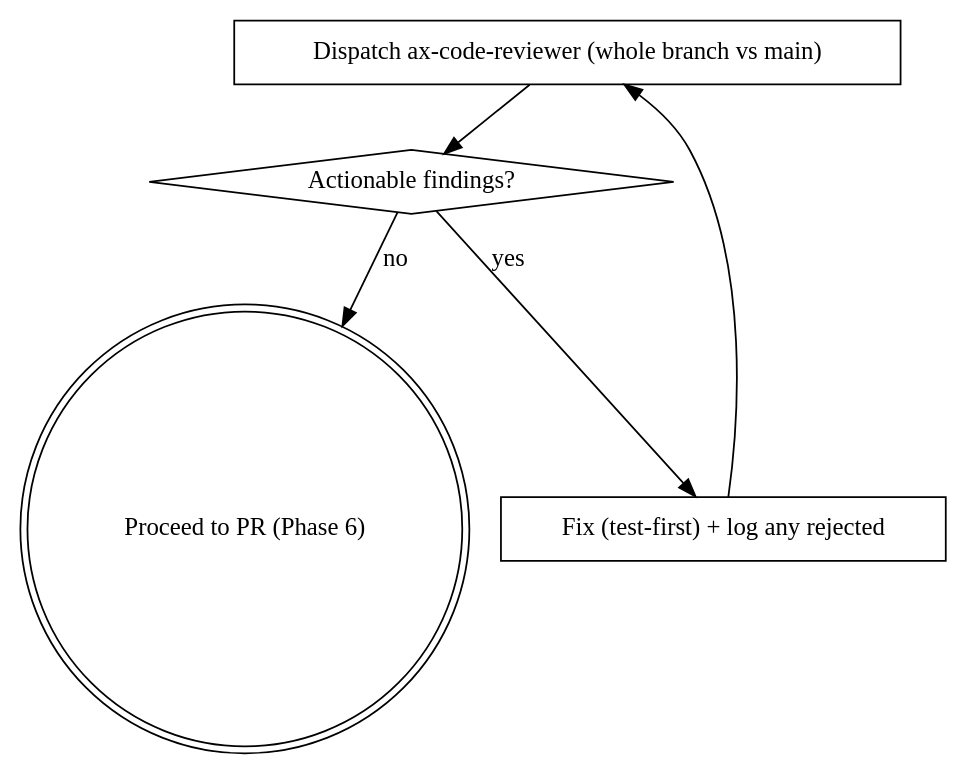
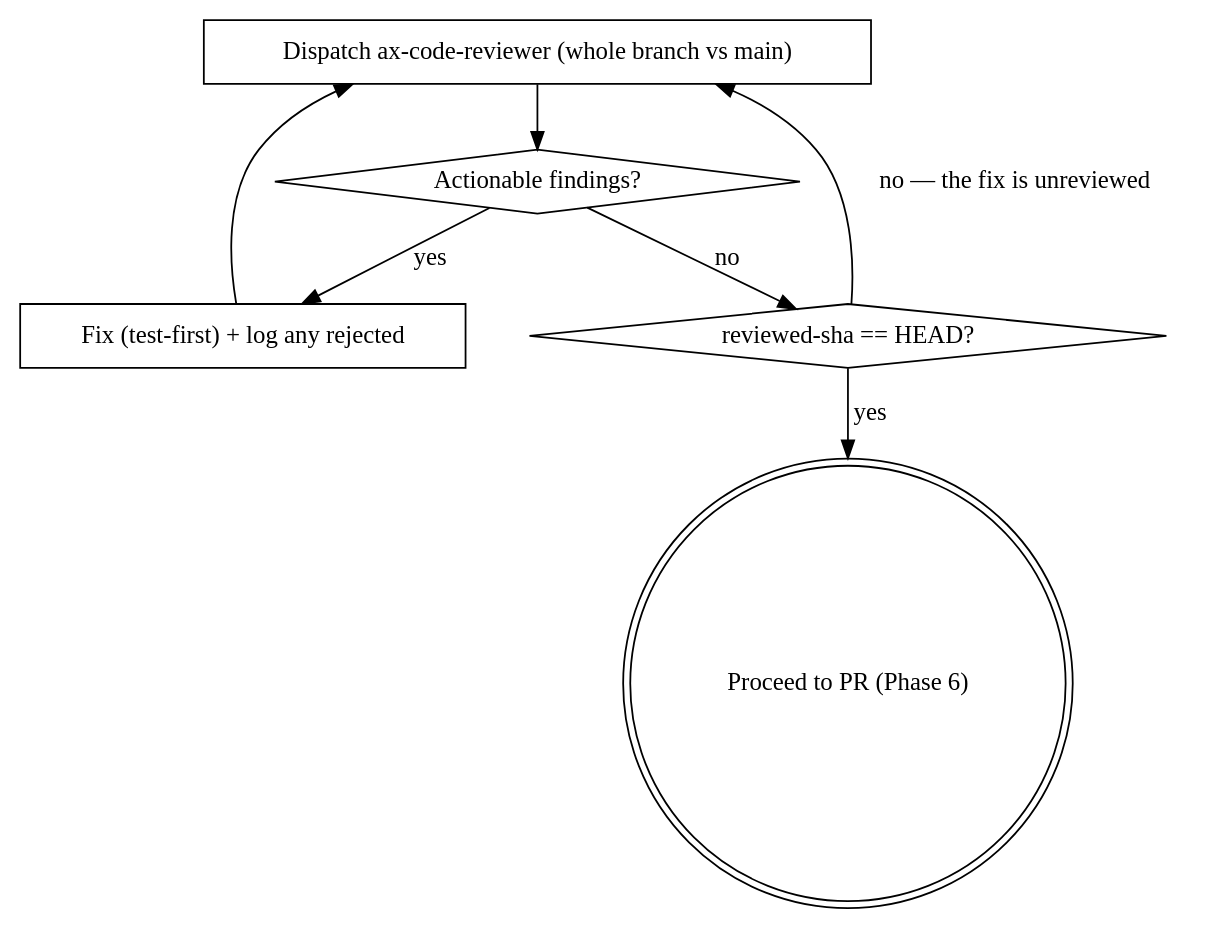
One commit to project-ax/ax-next changed the first of 2 diagrams in .claude/skills/yolo-ship/SKILL.md. Above: the diagram before and after it, drawn with Graphviz. The commit also changed other lines of this file and 5 other files, not shown here.

````diff
--- a/.claude/skills/yolo-ship/SKILL.md
+++ b/.claude/skills/yolo-ship/SKILL.md
@@ -135,13 +135,16 @@
 ```dot
 digraph review {
     "Dispatch ax-code-reviewer (whole branch vs main)" [shape=box];
     "Actionable findings?" [shape=diamond];
     "Fix (test-first) + log any rejected" [shape=box];
+    "reviewed-sha == HEAD?" [shape=diamond];
     "Proceed to PR (Phase 6)" [shape=doublecircle];
 
     "Dispatch ax-code-reviewer (whole branch vs main)" -> "Actionable findings?";
     "Actionable findings?" -> "Fix (test-first) + log any rejected" [label="yes"];
     "Fix (test-first) + log any rejected" -> "Dispatch ax-code-reviewer (whole branch vs main)";
-    "Actionable findings?" -> "Proceed to PR (Phase 6)" [label="no"];
+    "Actionable findings?" -> "reviewed-sha == HEAD?" [label="no"];
+    "reviewed-sha == HEAD?" -> "Dispatch ax-code-reviewer (whole branch vs main)" [label="no — the fix is unreviewed"];
+    "reviewed-sha == HEAD?" -> "Proceed to PR (Phase 6)" [label="yes"];
 }
 ```
````
